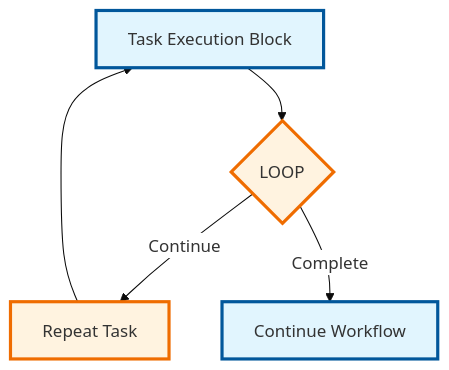
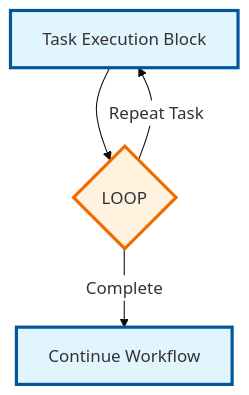
Before and after one commit to bastelbude1/Tasker: the sixth of 14 diagrams in TaskER_FlowChart.md, drawn with Mermaid.

Commit message:
Simplify: Optimize Loop Block graph for cleaner visualization
- Removed redundant "Repeat Task" node from Loop Block flowchart
- Loop condition now points directly back to Task Execution Block
- Changed arrow label from "Continue" to "Repeat Task" for clarity
- Maintains same logical flow with simpler, cleaner visualization
- Reduces visual clutter while preserving functionality

🤖 Generated with [Claude Code](https://claude.ai/code)

````diff
--- a/TaskER_FlowChart.md
+++ b/TaskER_FlowChart.md
@@ -245,13 +245,11 @@
 ```mermaid
 %%{init: {'theme':'base', 'themeVariables': {'primaryColor':'#ffffff'}}}%%
 flowchart TD
     A[Task Execution Block] --> B{LOOP}
-    B -->|Continue| C[Repeat Task]
-    B -->|Complete| D[Continue Workflow]
-    C --> A
+    B -->|Repeat Task| A
+    B -->|Complete| C[Continue Workflow]
 
     style A fill:#e1f5fe,stroke:#01579b,stroke-width:3px
     style B fill:#fff3e0,stroke:#ef6c00,stroke-width:3px
-    style C fill:#fff3e0,stroke:#ef6c00,stroke-width:3px
-    style D fill:#e1f5fe,stroke:#01579b,stroke-width:3px
+    style C fill:#e1f5fe,stroke:#01579b,stroke-width:3px
 ```
````
